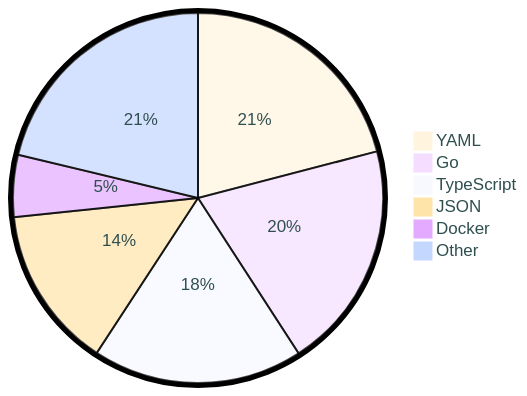
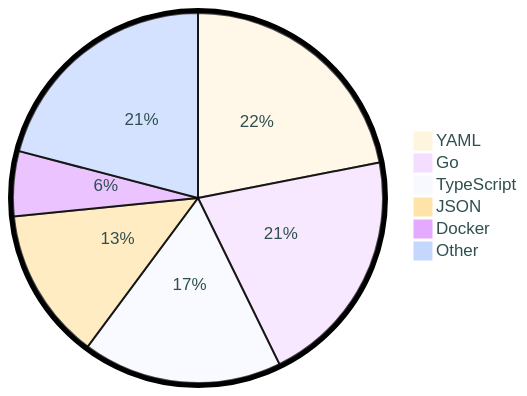
One commit to tot0p/tot0p changed the diagram in README.md. Above: the diagram before and after it, drawn with Mermaid. The commit also changed other lines of this file, not shown here.

````diff
--- a/README.md
+++ b/README.md
@@ -134,10 +134,10 @@
 ```mermaid
 %%{init: {"pie": {"textPosition": 0.5}, "themeVariables": {"pieOuterStrokeWidth": "5px","primaryTextColor" : "#2F4F4F"},"theme":"base"} }%%
 pie
-	"YAML": 20.95
-	"Go": 19.91
-	"TypeScript": 18.36
-	"JSON": 14.13
-	"Docker": 5.42
-	"Other": 21.239999999999995
+	"YAML": 21.92
+	"Go": 20.83
+	"TypeScript": 17.41
+	"JSON": 13.25
+	"Docker": 5.67
+	"Other": 20.919999999999998
 ```
````
